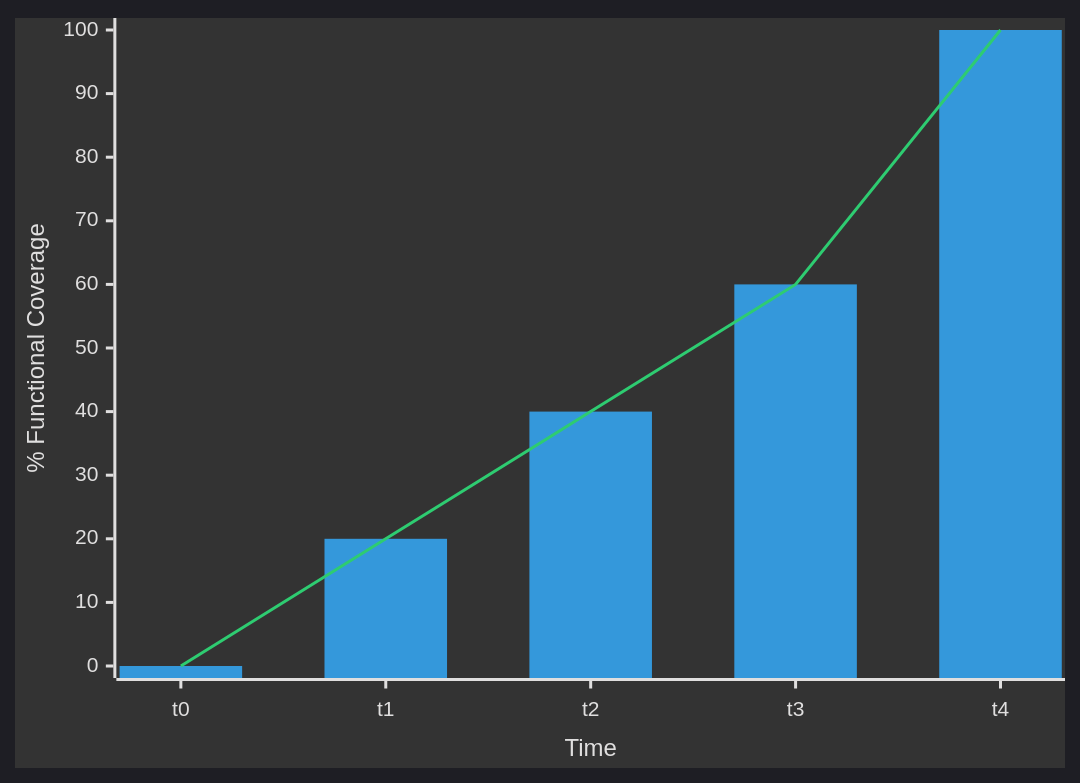
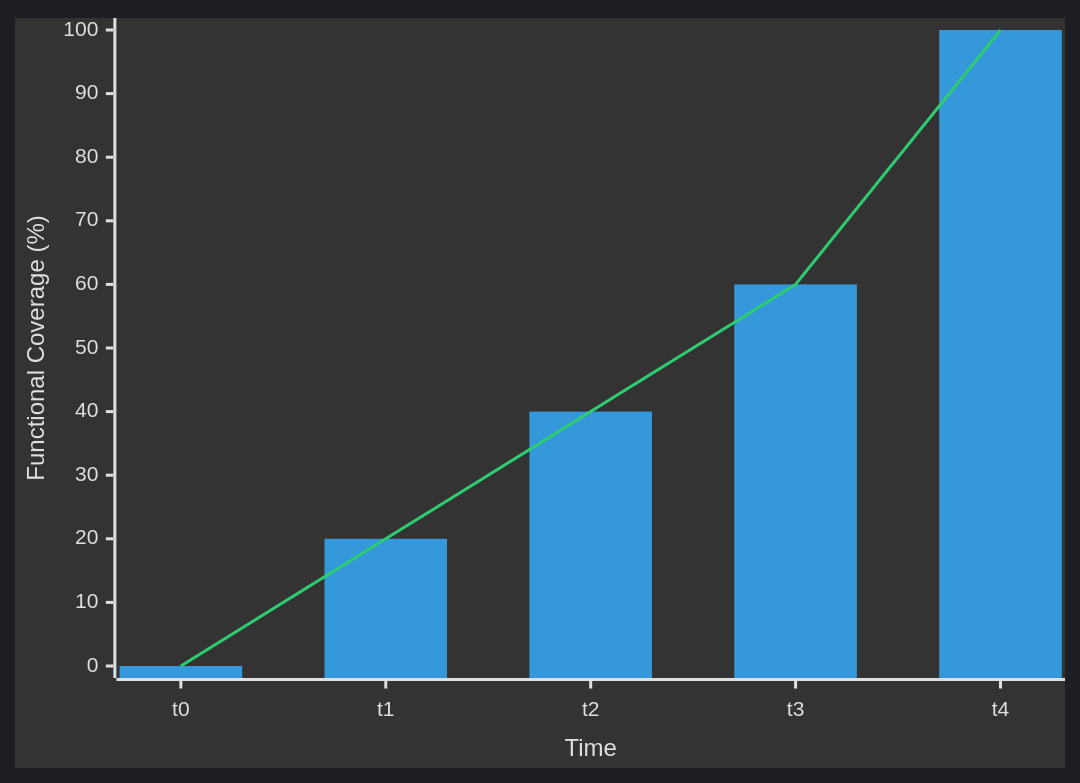
The diagram in docs/source/requirements/functional_coverage.rst (roajonny/common), drawn with Mermaid before and after one commit.

Commit message:
Updates y-axis of functional coverage chart

```diff
--- a/docs/source/requirements/functional_coverage.rst
+++ b/docs/source/requirements/functional_coverage.rst
@@ -4,8 +4,8 @@
 .. mermaid::
 
    %%{init: {'theme':'dark'}}%%
    xychart-beta
        x-axis "Time" [t0, t1, t2, t3, t4]
-       y-axis "% Functional Coverage" 0 --> 100
+       y-axis "Functional Coverage (%)" 0 --> 100
        bar [0, 20, 40, 60, 100]
        line [0, 20, 40, 60, 100]
```
